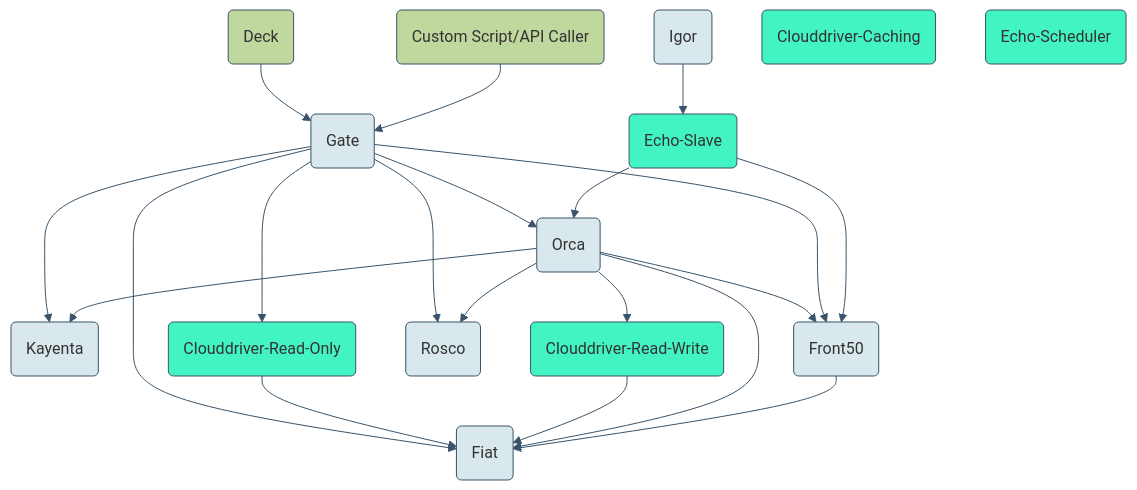
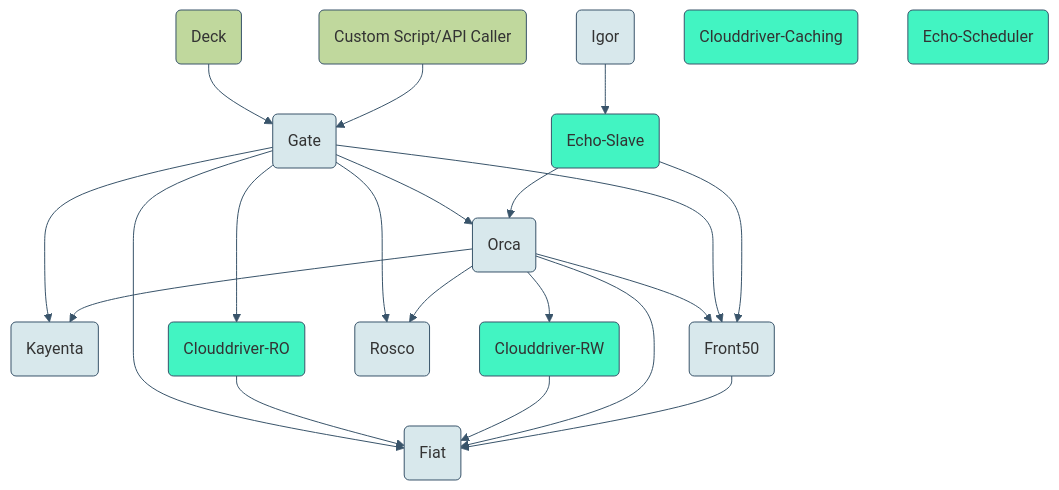
Before and after one commit to spinnaker/spinnaker.github.io: the third of 3 diagrams in reference/halyard/high-availability.md, drawn with Mermaid (base theme). The commit also changed other lines of this file, not shown here.

```diff
--- a/reference/halyard/high-availability.md
+++ b/reference/halyard/high-availability.md
@@ -111,34 +124,34 @@
  <div class="mermaid">
  graph TB
 
  deck(Deck) --> gate;
  api(Custom Script/API Caller) --> gate(Gate);
  gate --> kayenta(Kayenta);
  gate --> orca(Orca);
- gate --> clouddriver-ro(Clouddriver-Read-Only);
- orca --> clouddriver-rw(Clouddriver-Read-Write);
+ gate --> clouddriver-ro(Clouddriver-RO);
+ orca --> clouddriver-rw(Clouddriver-RW);
  gate --> rosco(Rosco);
  orca --> front50;
  orca --> rosco;
  gate --> front50(Front50);
  gate --> fiat(Fiat);
  orca --> kayenta;
  clouddriver-ro --> fiat;
  clouddriver-rw --> fiat;
  orca --> fiat;
  front50 --> fiat;
  echo-slave(Echo-Slave) --> orca;
  echo-slave --> front50;
  igor(Igor) --> echo-slave;
  clouddriver-caching(Clouddriver-Caching);
  echo-scheduler(Echo-Scheduler);
 
  classDef default fill:#d8e8ec,stroke:#39546a;
  linkStyle default stroke:#39546a,stroke-width:1px,fill:none;
 
  classDef external fill:#c0d89d,stroke:#39546a;
  class deck,api external
 
  classDef split fill:#42f4c2,stroke:#39546a;
  class clouddriver-caching,clouddriver-ro,clouddriver-rw,echo-scheduler,echo-slave split
  </div>
```
